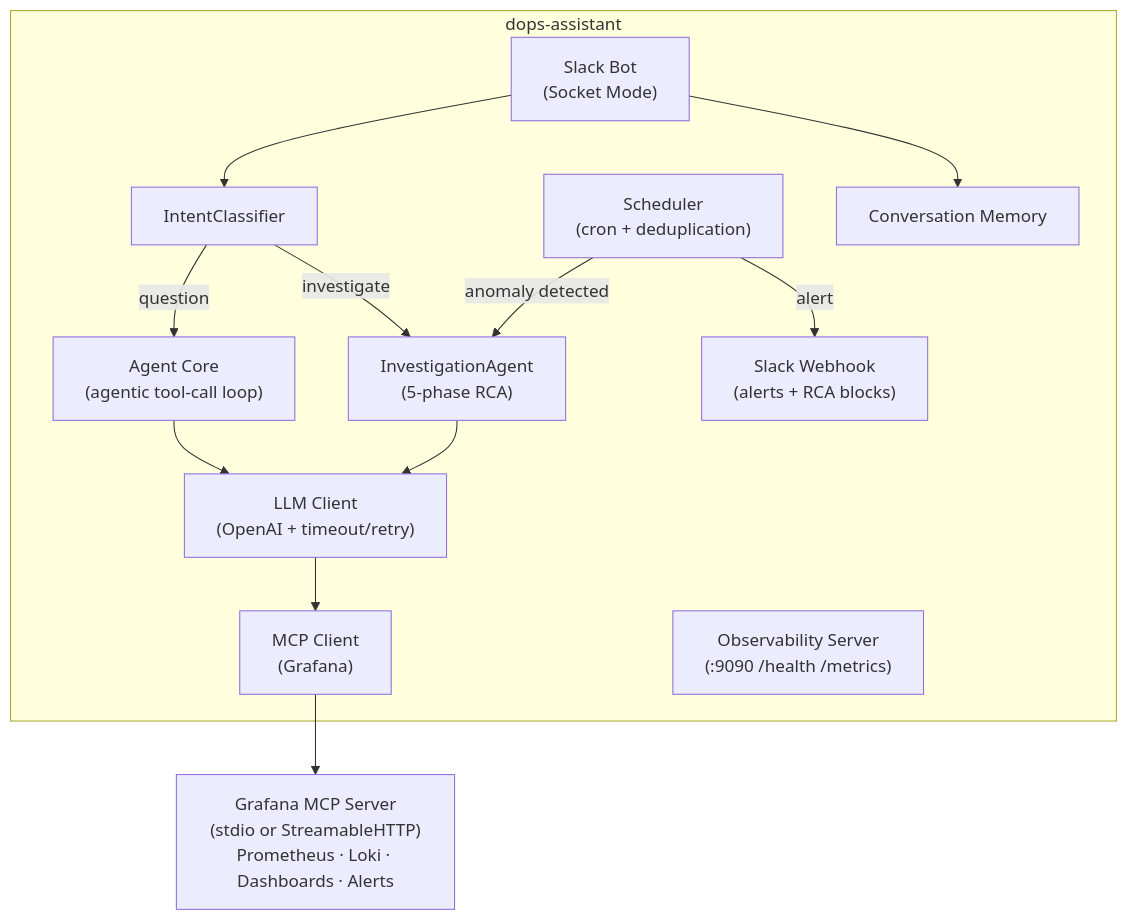
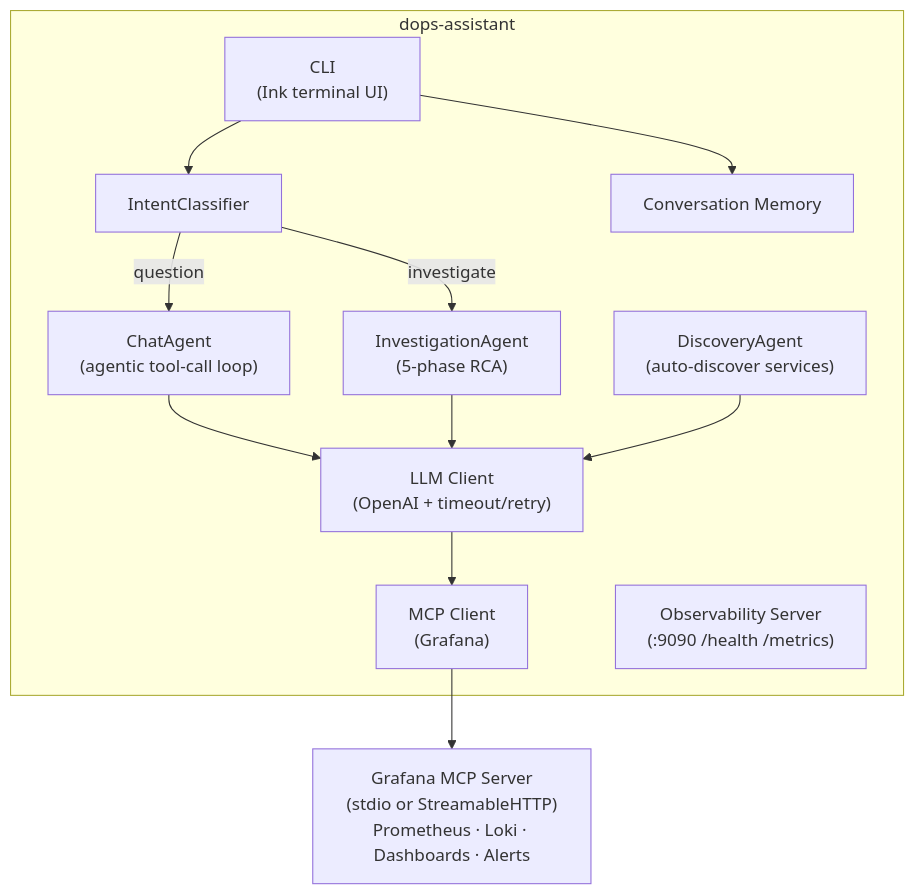
One commit to WZ/dops-assistant changed the diagram in README.md. Above: the diagram before and after it, drawn with Mermaid. The commit also changed other lines of this file and 24 other files, not shown here.

First line of the commit message:
refactor: remove Slack, scheduler, and notifications; rename AgentCore to ChatAgent

````diff
--- a/README.md
+++ b/README.md
@@ -15,27 +14,25 @@
 ```mermaid
 graph TD
     subgraph dops-assistant
-        SlackBot["Slack Bot<br/>(Socket Mode)"]
+        CLI["CLI<br/>(Ink terminal UI)"]
         IC["IntentClassifier"]
-        AC["Agent Core<br/>(agentic tool-call loop)"]
+        CA["ChatAgent<br/>(agentic tool-call loop)"]
         IA["InvestigationAgent<br/>(5-phase RCA)"]
+        DA["DiscoveryAgent<br/>(auto-discover services)"]
         LLM["LLM Client<br/>(OpenAI + timeout/retry)"]
         MCP["MCP Client<br/>(Grafana)"]
-        Sched["Scheduler<br/>(cron + deduplication)"]
-        Webhook["Slack Webhook<br/>(alerts + RCA blocks)"]
         Obs["Observability Server<br/>(:9090 /health /metrics)"]
         Mem["Conversation Memory"]
 
-        SlackBot --> IC
-        IC -- question --> AC
+        CLI --> IC
+        IC -- question --> CA
         IC -- investigate --> IA
-        AC --> LLM
+        CA --> LLM
+        IA --> LLM
+        DA --> LLM
         LLM --> MCP
-        IA --> LLM
-        Sched -- anomaly detected --> IA
-        Sched -- alert --> Webhook
-        SlackBot --> Mem
+        CLI --> Mem
     end
 
     MCP --> Grafana["Grafana MCP Server<br/>(stdio or StreamableHTTP)<br/>Prometheus · Loki · Dashboards · Alerts"]
 ```
````
